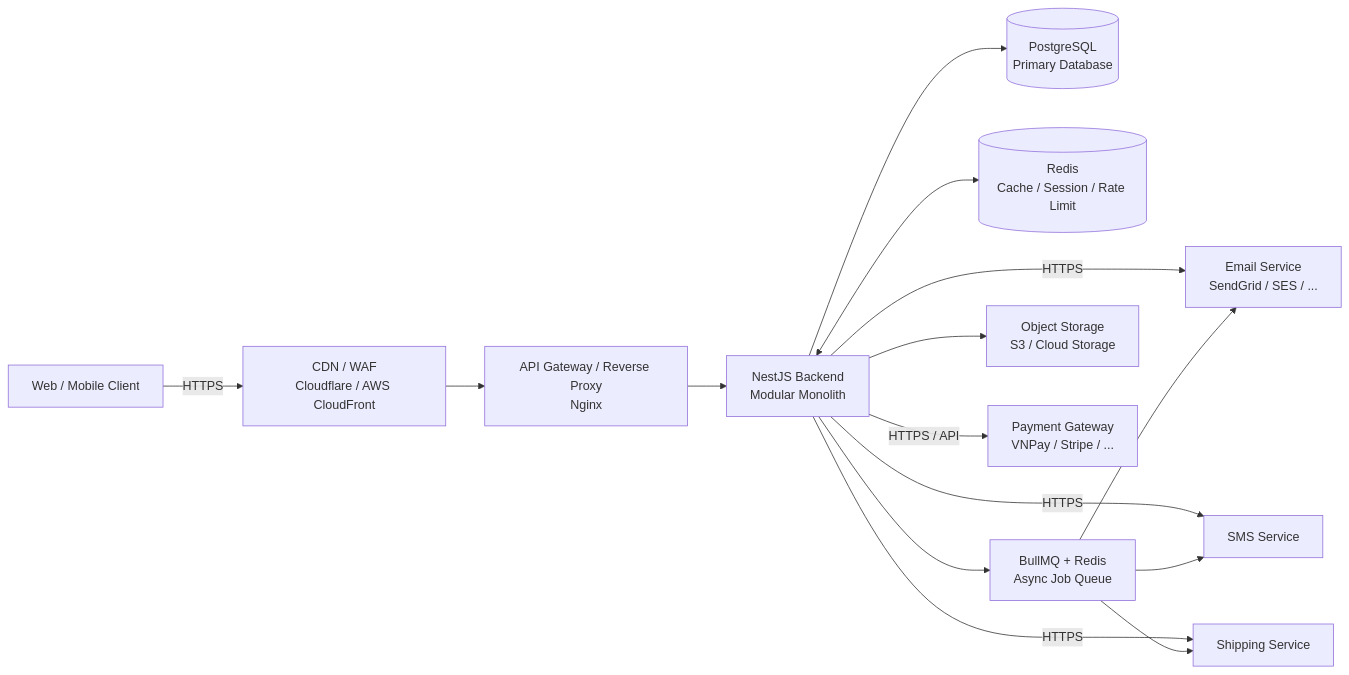
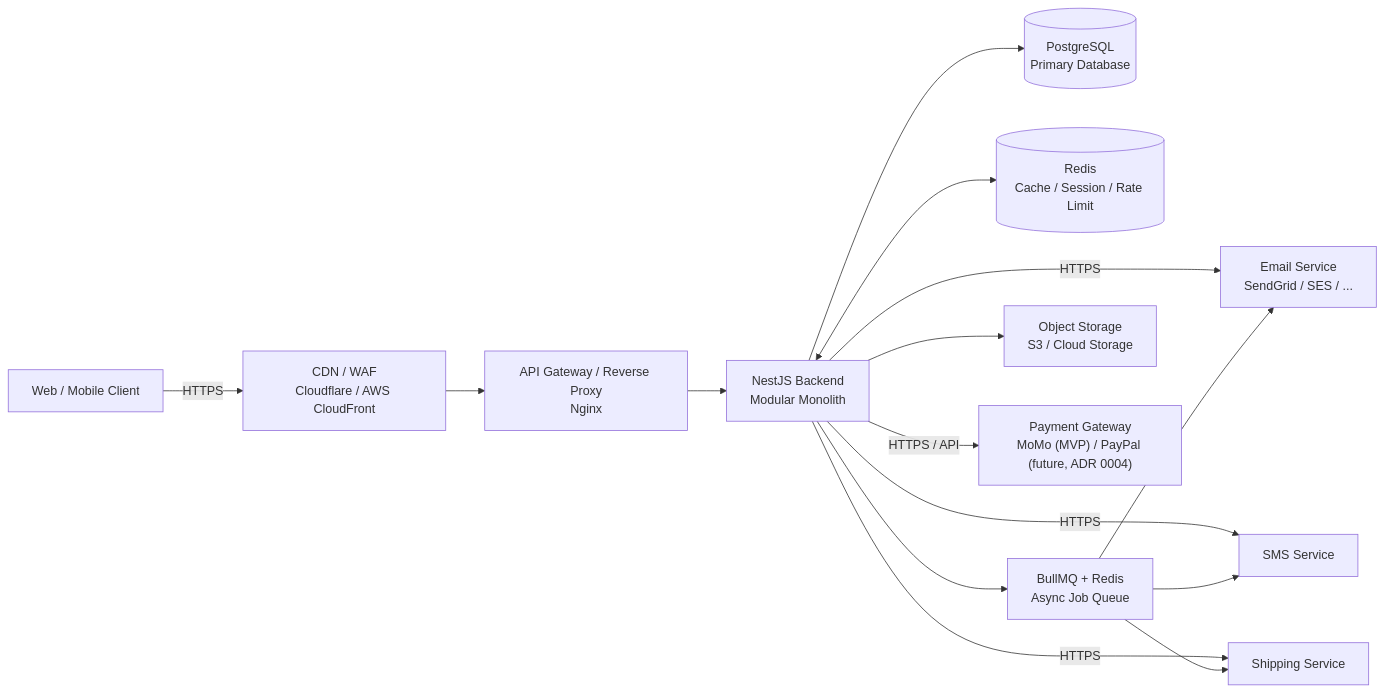
The second of 16 diagrams in doc/ecommerce-backend-architecture-system-design-2.md (LuongCongThanh/be-demo), drawn with Mermaid before and after one commit. The commit also changed other lines of this file and 9 other files, not shown here.

````diff
--- a/doc/ecommerce-backend-architecture-system-design-2.md
+++ b/doc/ecommerce-backend-architecture-system-design-2.md
@@ -100,37 +86,37 @@
 ```mermaid
 flowchart LR
     Client["Web / Mobile Client"]
 
     WAF["CDN / WAF<br/>Cloudflare / AWS CloudFront"]
     Gateway["API Gateway / Reverse Proxy<br/>Nginx"]
 
     Backend["NestJS Backend<br/>Modular Monolith"]
 
     DB[("PostgreSQL<br/>Primary Database")]
     Redis[("Redis<br/>Cache / Session / Rate Limit")]
     Queue["BullMQ + Redis<br/>Async Job Queue"]
     Storage["Object Storage<br/>S3 / Cloud Storage"]
 
-    Payment["Payment Gateway<br/>VNPay / Stripe / ..."]
+    Payment["Payment Gateway<br/>MoMo (MVP) / PayPal (future, ADR 0004)"]
     Email["Email Service<br/>SendGrid / SES / ..."]
     SMS["SMS Service"]
     Shipping["Shipping Service"]
 
     Client -->|HTTPS| WAF
     WAF --> Gateway
     Gateway --> Backend
 
     Backend --> DB
     Backend <--> Redis
     Backend --> Queue
     Backend --> Storage
 
     Backend -->|HTTPS / API| Payment
     Backend -->|HTTPS| Email
     Backend -->|HTTPS| SMS
     Backend -->|HTTPS| Shipping
 
     Queue --> Email
     Queue --> SMS
     Queue --> Shipping
 ```
````
